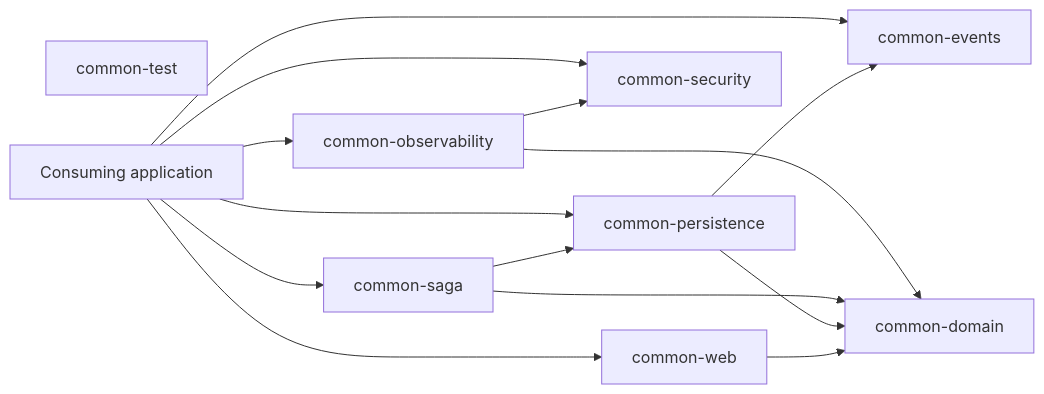
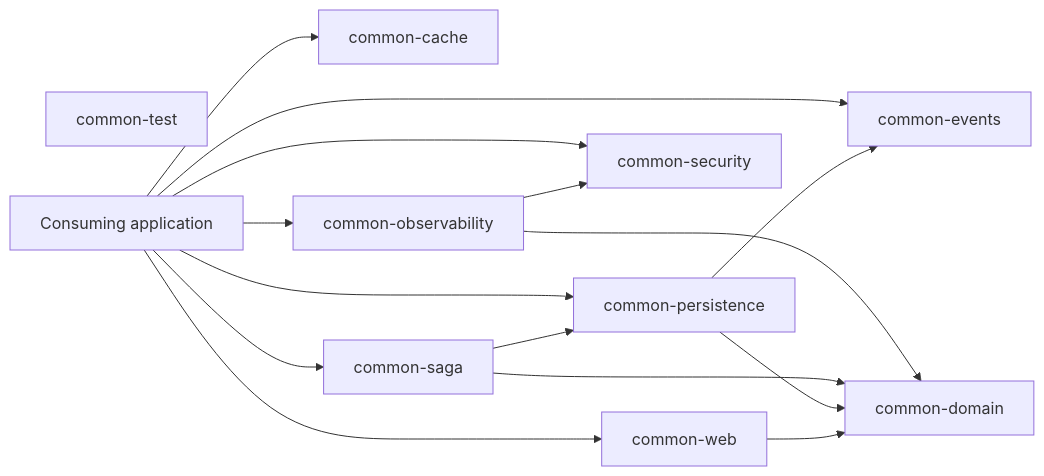
Before and after one commit to NDQuynh259/vishop-platform: the diagram in docs/core-architecture/module-boundaries.md, drawn with Mermaid. The commit also changed other lines of this file and 109 other files, not shown here.

````diff
--- a/docs/core-architecture/module-boundaries.md
+++ b/docs/core-architecture/module-boundaries.md
@@ -3,26 +3,28 @@
 ```mermaid
 flowchart LR
     Domain[common-domain]
     Web[common-web]
     Security[common-security]
+    Cache[common-cache]
     Events[common-events]
     Persistence[common-persistence]
     Saga[common-saga]
     Observability[common-observability]
     Test[common-test]
     App[Consuming application]
 
     Web --> Domain
     Persistence --> Domain
     Persistence --> Events
     Saga --> Domain
     Saga --> Persistence
     Observability --> Security
     Observability --> Domain
     App --> Web
     App --> Security
+    App --> Cache
     App --> Events
     App --> Persistence
     App --> Saga
     App --> Observability
 ```
````
